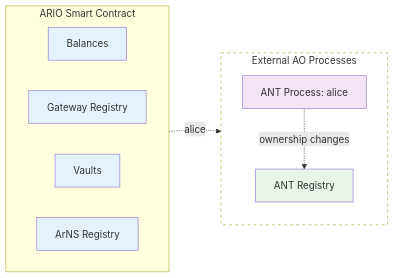
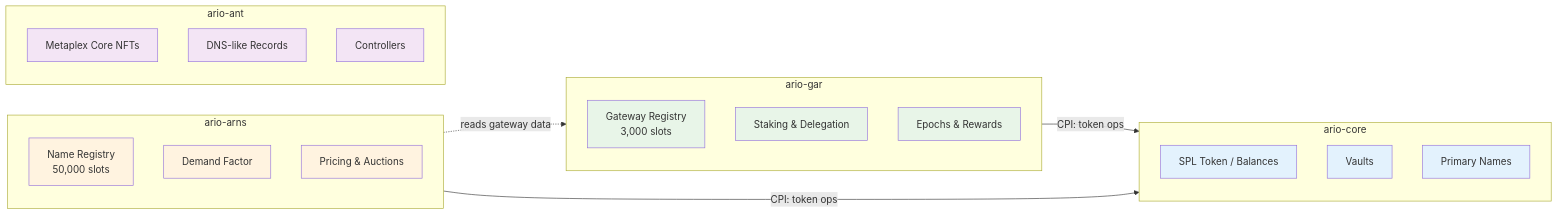
One commit to ar-io/docs changed the diagram in content/learn/token/architecture.mdx. Above: the diagram before and after it, drawn with Mermaid. The commit also changed other lines of this file and 62 other files, not shown here.

````diff
--- a/content/learn/token/architecture.mdx
+++ b/content/learn/token/architecture.mdx
@@ -10,36 +10,45 @@
 ```mermaid
 graph LR
 
-    subgraph ARIO["ARIO Smart Contract"]
-        direction LR
-        BAL[Balances]
-        GW_REG[Gateway Registry]
+    subgraph CORE["ario-core"]
+        direction TB
+        BAL[SPL Token / Balances]
         VAULTS[Vaults]
-        ARNS_REG[ArNS Registry]
+        PRIMARY[Primary Names]
     end
 
-    subgraph EXT["External AO Processes"]
+    subgraph GAR["ario-gar"]
         direction TB
-        ANT_REGISTRY[ANT Registry]
-        ANT1[ANT Process: alice]
+        GW_REG[Gateway Registry<br/>3,000 slots]
+        STAKING[Staking & Delegation]
+        EPOCHS[Epochs & Rewards]
     end
 
-    %% Invisible positioning link
-    ARIO --- EXT
-    linkStyle 0 opacity:0;
+    subgraph ARNS["ario-arns"]
+        direction TB
+        NAME_REG[Name Registry<br/>50,000 slots]
+        DEMAND[Demand Factor]
+        PRICING[Pricing & Auctions]
+    end
 
-    ANT1 -.-> |ownership changes| ANT_REGISTRY
-    ARNS_REG -.->|alice| ANT1
+    subgraph ANT["ario-ant"]
+        direction TB
+        NFT[Metaplex Core NFTs]
+        RECORDS[DNS-like Records]
+        CTRL[Controllers]
+    end
 
-    classDef smartContract fill:#e3f2fd
-    classDef antProcess fill:#f3e5f5
-    classDef registry fill:#e8f5e8
-    classDef hidden display:none;
-    classDef dashedGroup stroke-dasharray: 5 5, fill: transparent;
+    GAR -->|CPI: token ops| CORE
+    ARNS -->|CPI: token ops| CORE
+    ARNS -.->|reads gateway data| GAR
 
-    class BAL,GW_REG,ARNS_REG,VAULTS smartContract
-    class ANT1 antProcess
-    class ANT_REGISTRY registry
-    class EXT dashedGroup
+    classDef coreProgram fill:#e3f2fd
+    classDef garProgram fill:#e8f5e8
+    classDef arnsProgram fill:#fff3e0
+    classDef antProgram fill:#f3e5f5
 
+    class BAL,VAULTS,PRIMARY coreProgram
+    class GW_REG,STAKING,EPOCHS garProgram
+    class NAME_REG,DEMAND,PRICING arnsProgram
+    class NFT,RECORDS,CTRL antProgram
 ```
````
